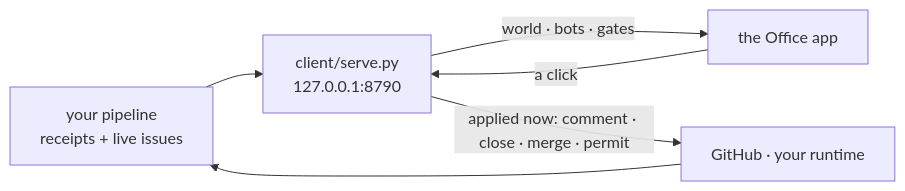
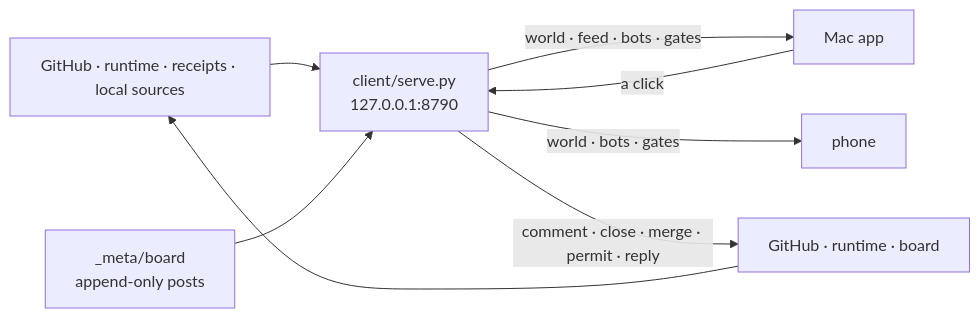
One commit to ariaxhan/nexus-office changed the diagram in README.md. Above: the diagram before and after it, drawn with Mermaid. The commit also changed other lines of this file, not shown here.

Commit message:
docs: describe the Office as it is now

````diff
--- a/README.md
+++ b/README.md
@@ -27,8 +33,10 @@
 ```mermaid
 flowchart LR
-  R[your pipeline<br/>receipts + live issues] --> S
-  S[client/serve.py<br/>127.0.0.1:8790] -->|world · bots · gates| A[the Office app]
+  R[GitHub · runtime · receipts · local sources] --> S
+  F[_meta/board<br/>append-only posts] --> S
+  S[client/serve.py<br/>127.0.0.1:8790] -->|world · feed · bots · gates| A[Mac app]
+  S -->|world · bots · gates| P[phone]
   A -->|a click| S
-  S -->|applied now: comment · close · merge · permit| G[GitHub · your runtime]
+  S -->|comment · close · merge · permit · reply| G[GitHub · runtime · board]
   G --> R
 ```
````
